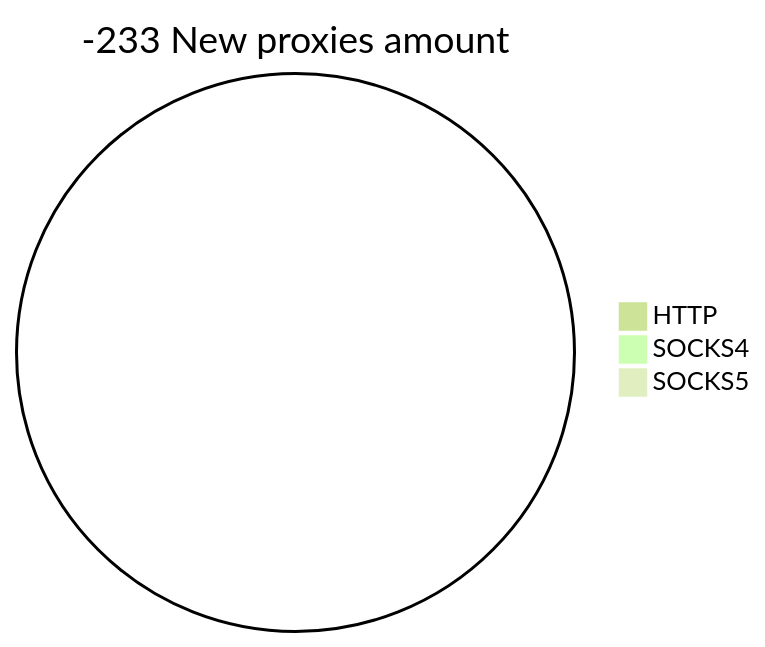
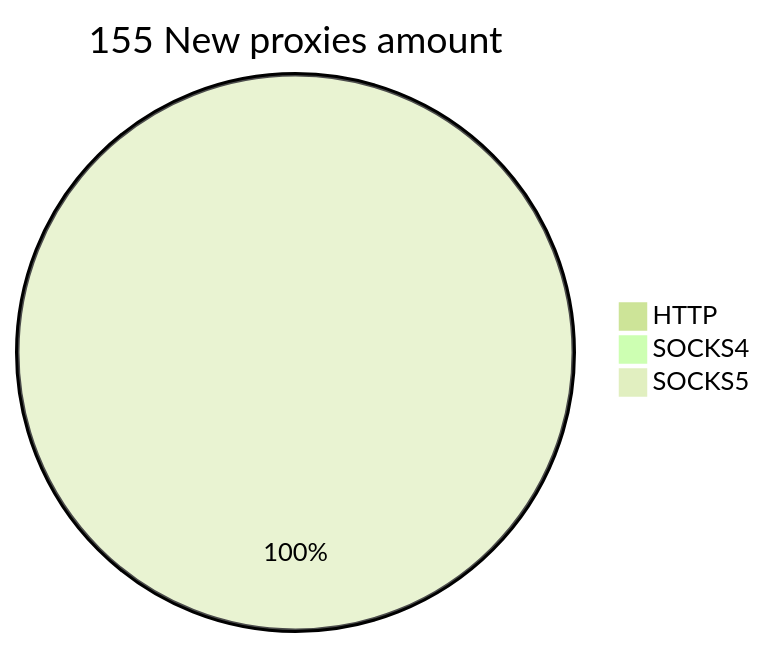
Before and after one commit to cutipu/proxylist: the second of 2 diagrams in README.md, drawn with Mermaid (forest theme). The commit also changed other lines of this file, not shown here.

````diff
--- a/README.md
+++ b/README.md
@@ -10,6 +10,6 @@
 ```mermaid
-pie title -233 New proxies amount
+pie title 155 New proxies amount
     "HTTP" : 0
-    "SOCKS4" : 0
-    "SOCKS5" : 0
+    "SOCKS4" : 1
+    "SOCKS5" : 232
 ```
````
